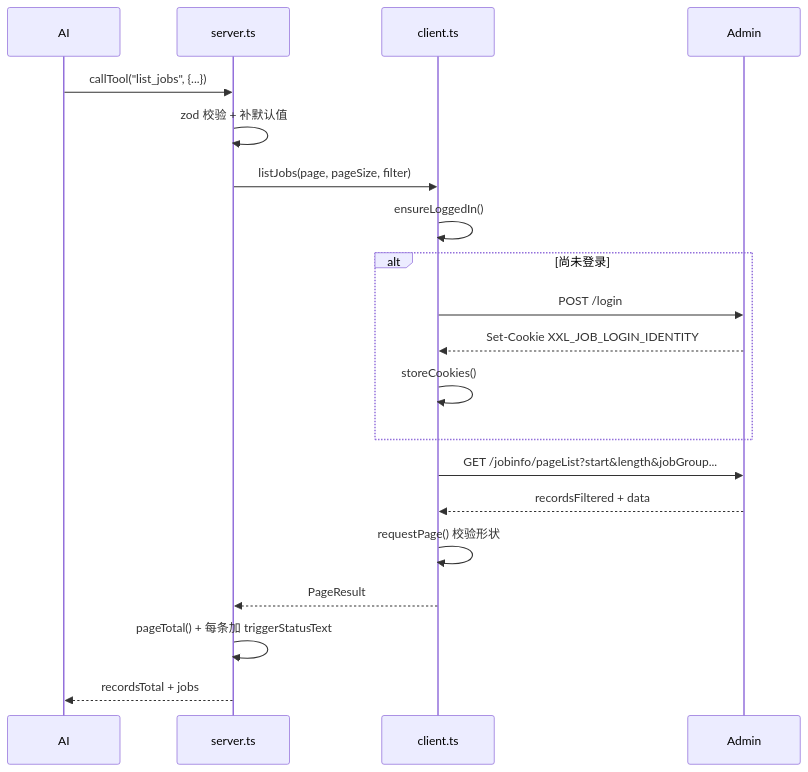
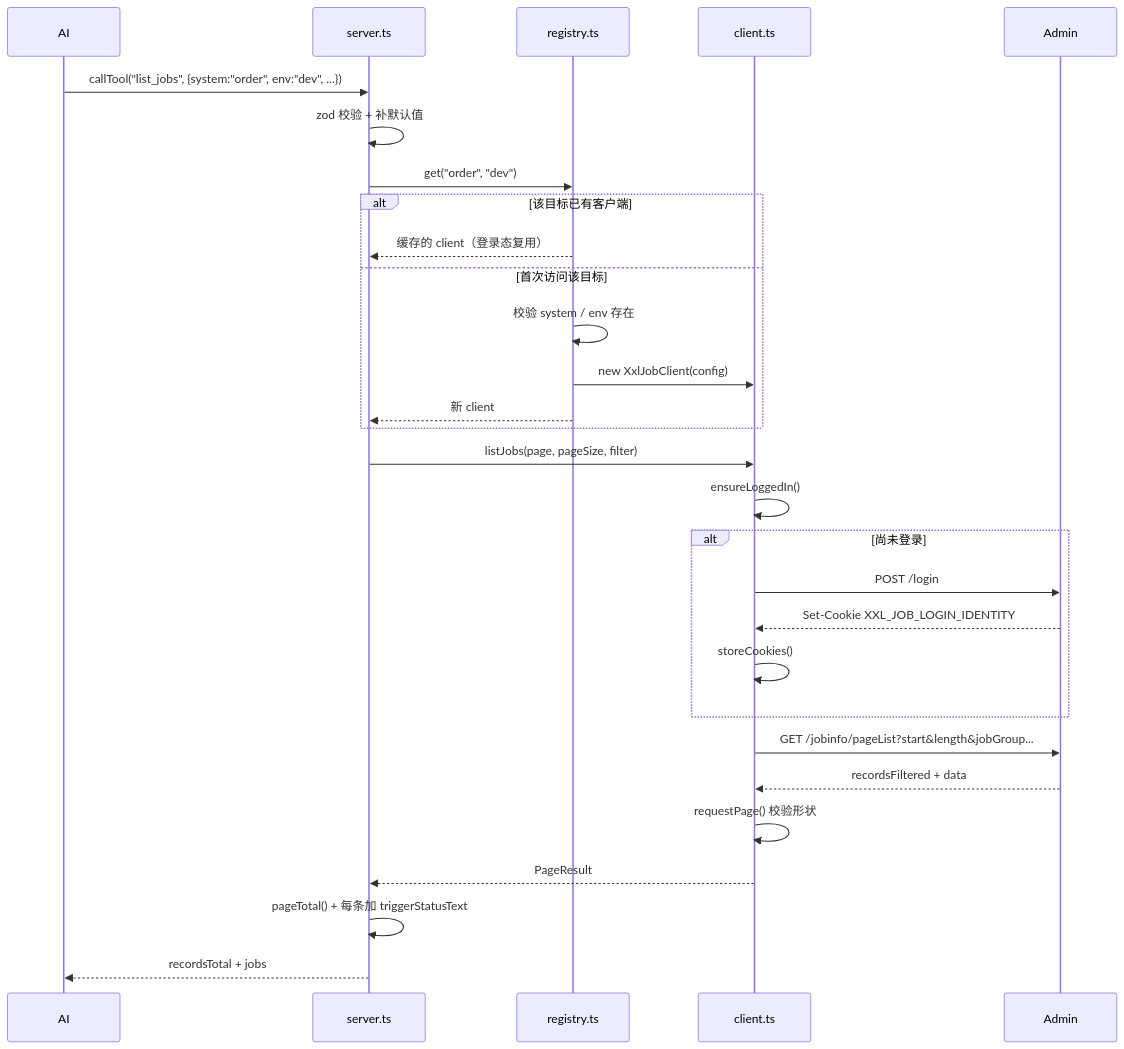
One commit to SkylerFee/multi-xxl-job-mcp changed the second of 2 diagrams in docs/ARCHITECTURE.md. Above: the diagram before and after it, drawn with Mermaid. The commit also changed other lines of this file and 7 other files, not shown here.

````diff
--- a/docs/ARCHITECTURE.md
+++ b/docs/ARCHITECTURE.md
@@ -49,23 +61,32 @@
 ```mermaid
 sequenceDiagram
     participant AI
     participant S as server.ts
+    participant R as registry.ts
     participant C as client.ts
     participant A as Admin
 
-    AI->>S: callTool("list_jobs", {...})
+    AI->>S: callTool("list_jobs", {system:"order", env:"dev", ...})
     S->>S: zod 校验 + 补默认值
+    S->>R: get("order", "dev")
+    alt 该目标已有客户端
+        R-->>S: 缓存的 client（登录态复用）
+    else 首次访问该目标
+        R->>R: 校验 system / env 存在
+        R->>C: new XxlJobClient(config)
+        R-->>S: 新 client
+    end
     S->>C: listJobs(page, pageSize, filter)
     C->>C: ensureLoggedIn()
     alt 尚未登录
         C->>A: POST /login
         A-->>C: Set-Cookie XXL_JOB_LOGIN_IDENTITY
         C->>C: storeCookies()
     end
     C->>A: GET /jobinfo/pageList?start&length&jobGroup...
     A-->>C: recordsFiltered + data
     C->>C: requestPage() 校验形状
     C-->>S: PageResult
     S->>S: pageTotal() + 每条加 triggerStatusText
     S-->>AI: recordsTotal + jobs
 ```
````
